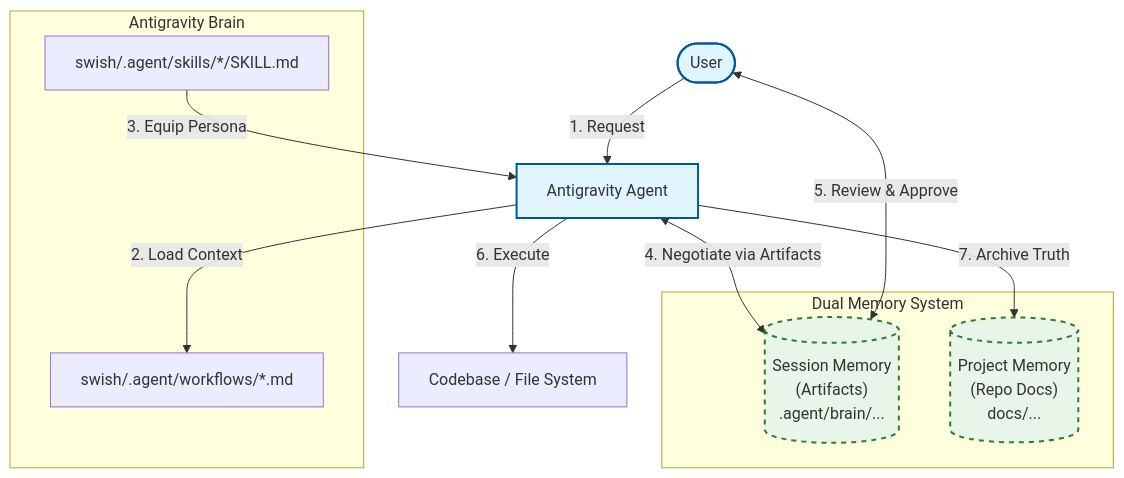
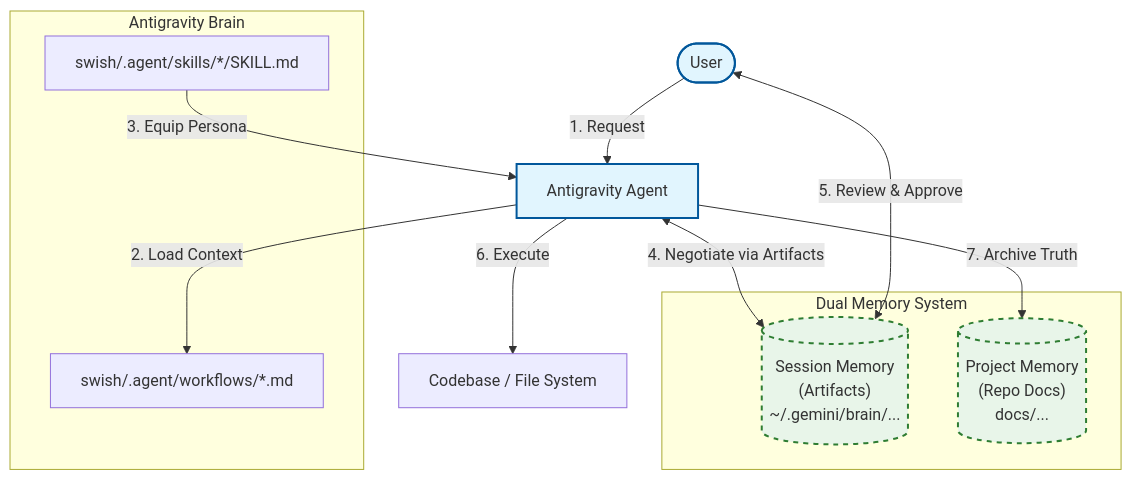
Before and after one commit to RimmonXIA/antigravity-workflows: the diagram in docs/PROJECT_ARCHITECTURE.md, drawn with Mermaid. The commit also changed 2 other files, not shown here.

Commit message:
docs: Clarify and update memory system documentation, including session memory paths and resolution strategy.

````diff
--- a/docs/PROJECT_ARCHITECTURE.md
+++ b/docs/PROJECT_ARCHITECTURE.md
@@ -5,39 +5,39 @@
 ```mermaid
 graph TD
     %% Actors
     User([User])
     Agent[Antigravity Agent]
     
     subgraph "Dual Memory System"
-        SessionMem[("Session Memory\n(Artifacts)\n.agent/brain/...")]
+        SessionMem[("Session Memory\n(Artifacts)\n~/.gemini/brain/...")]
         ProjectMem[("Project Memory\n(Repo Docs)\ndocs/...")]
     end
     
     FileSystem[Codebase / File System]
 
     %% Flow
     User --> |"1. Request"| Agent
     
     subgraph "Antigravity Brain"
         Workflows["swish/.agent/workflows/*.md"]
         Skills["swish/.agent/skills/*/SKILL.md"]
     end
 
     Agent --> |"2. Load Context"| Workflows
     Skills --> |"3. Equip Persona"| Agent
 
     %% Interaction Loop
     Agent <--> |"4. Negotiate via Artifacts"| SessionMem
     SessionMem <--> |"5. Review & Approve"| User
     
     %% Execution
     Agent --> |"6. Execute"| FileSystem
     Agent --> |"7. Archive Truth"| ProjectMem
 
     %% Styling
     classDef actor fill:#e1f5fe,stroke:#01579b,stroke-width:2px;
     classDef memory fill:#e8f5e9,stroke:#2e7d32,stroke-width:2px,stroke-dasharray: 5 5;
     
     class User,Agent actor;
     class SessionMem,ProjectMem memory;
 ```
````
